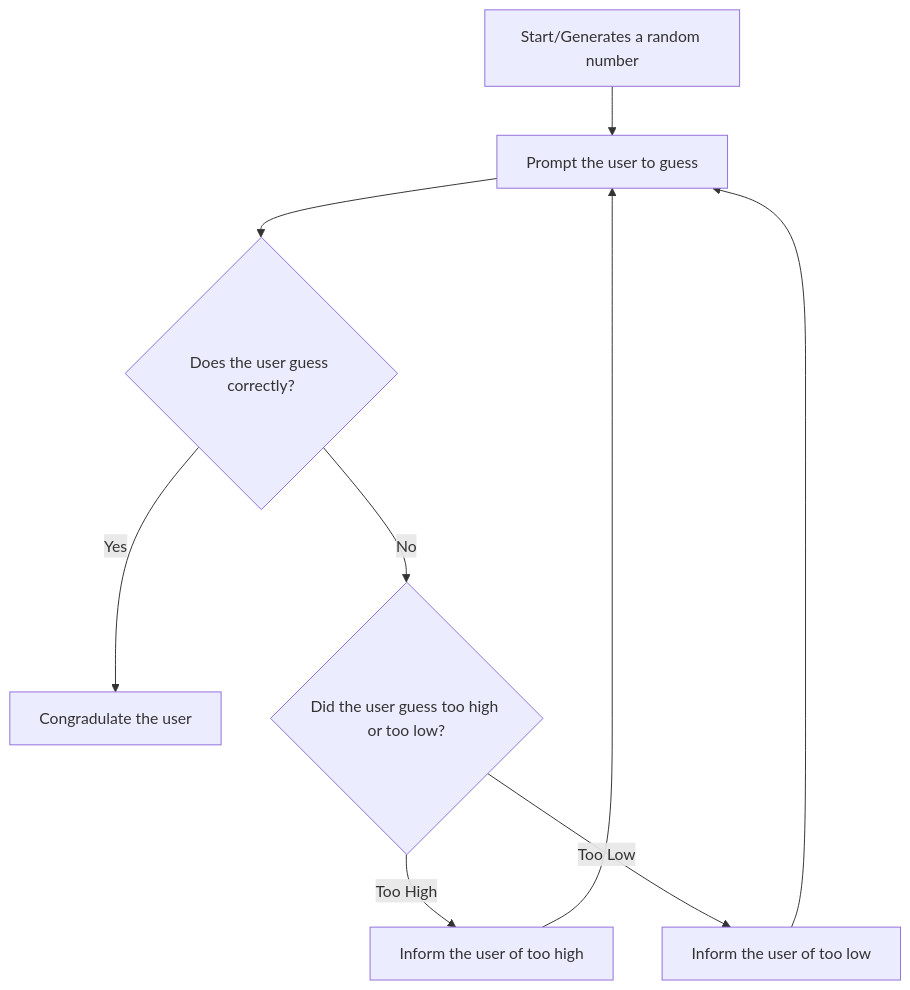
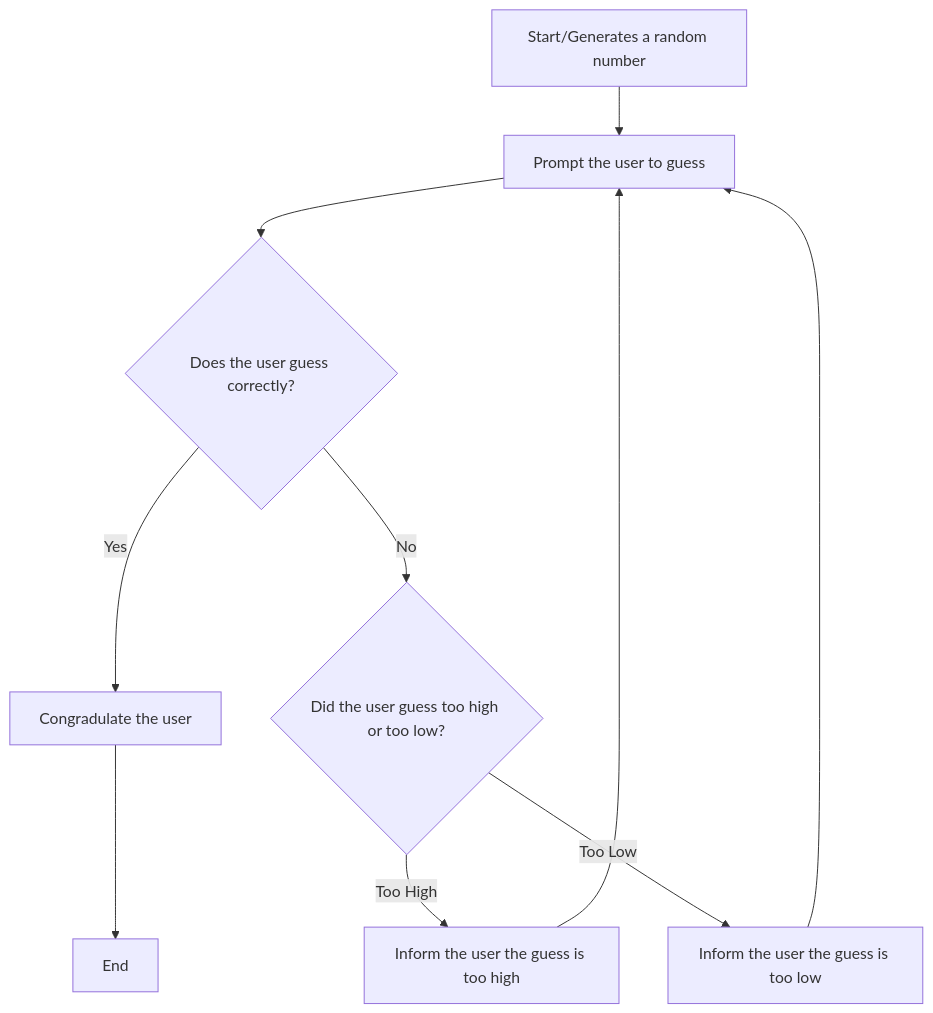
The diagram in Guessing.MD (impena/impena.github.io), drawn with Mermaid before and after one commit.

Commit message:
Update Guessing.MD Finishing touches and end

````diff
--- a/Guessing.MD
+++ b/Guessing.MD
@@ -2,8 +2,8 @@
 ```mermaid
 flowchart TD
 A[Start/Generates a random number] --> Z[Prompt the user to guess] --> B{Does the user guess correctly?};
-B -- Yes --> C[Congradulate the user];
+B -- Yes --> C[Congradulate the user] --> Y[End];
 B -- No --> D{Did the user guess too high or too low?};
-D -- Too High --> E[Inform the user of too high] --> Z[Prompt the user to guess];
-D -- Too Low --> F[Inform the user of too low] --> Z[Prompt the user to guess];
+D -- Too High --> E[Inform the user the guess is too high] --> Z[Prompt the user to guess];
+D -- Too Low --> F[Inform the user the guess is too low] --> Z[Prompt the user to guess];
 ```
````
